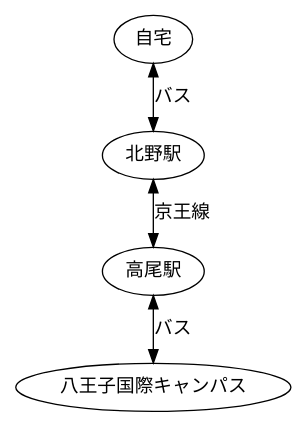
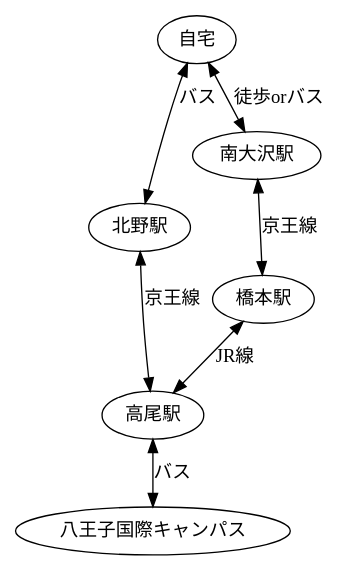
One commit to DCS-1-301-02-2025/cl-group-staff01 changed the diagram in route01.md. Above: the diagram before and after it, drawn with Graphviz.

Commit message:
蓑原の別ルート

````diff
--- a/route01.md
+++ b/route01.md
@@ -5,8 +5,11 @@
 ```graphviz
 digraph {
     edge [dir=both]
     自宅 -> 北野駅 [label=バス]
     北野駅 -> 高尾駅 [label=京王線]
     高尾駅 -> 八王子国際キャンパス [label=バス]
+    自宅 -> 南大沢駅 [label=徒歩orバス]
+    南大沢駅->橋本駅 [label=京王線]
+    橋本駅->高尾駅 [label=JR線]
 }
 ```
````
